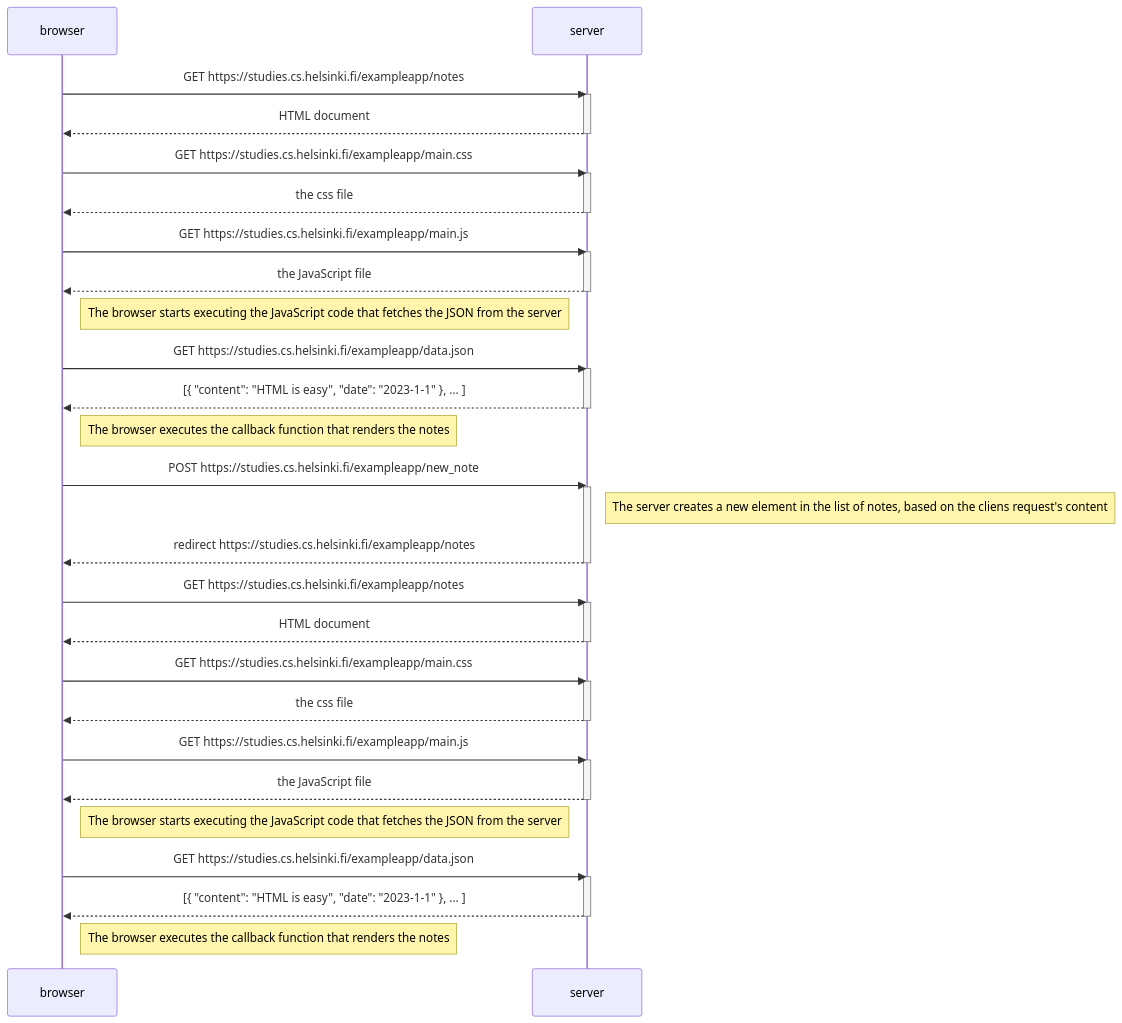
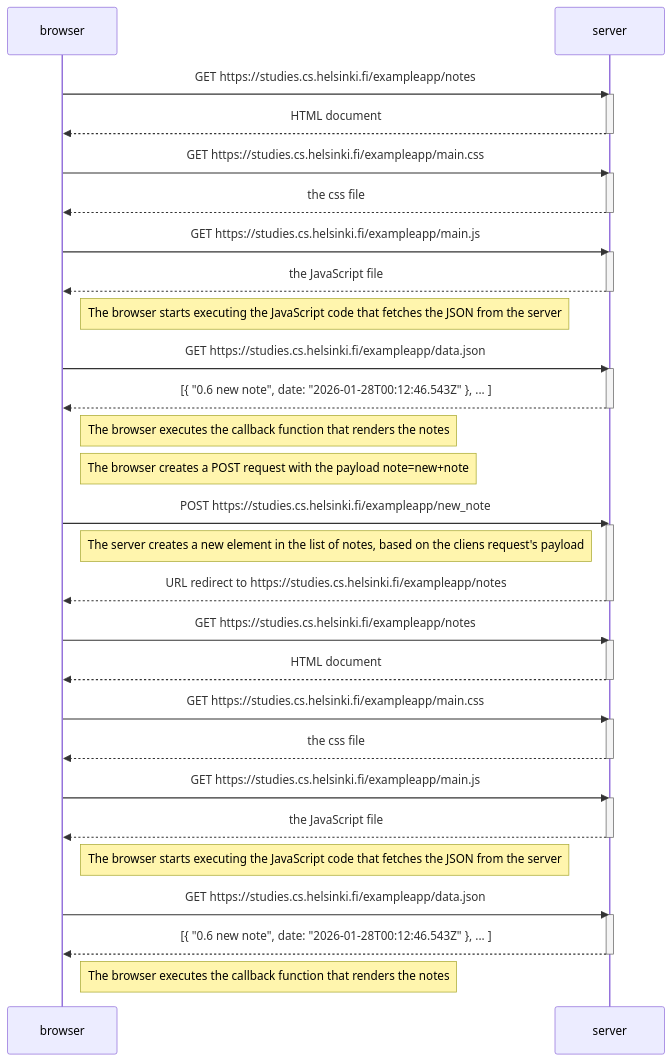
Before and after one commit to jakobsitory/full-stack-open: the diagram in part0/ex04-new-note-diagram.md, drawn with Mermaid.

Commit message:
minor fix in diagram

````diff
--- a/part0/ex04-new-note-diagram.md
+++ b/part0/ex04-new-note-diagram.md
@@ -2,62 +2,62 @@
 ```mermaid
 sequenceDiagram
     participant browser
     participant server
 
     browser->>server: GET https://studies.cs.helsinki.fi/exampleapp/notes
     activate server
     server-->>browser: HTML document
     deactivate server
 
     browser->>server: GET https://studies.cs.helsinki.fi/exampleapp/main.css
     activate server
     server-->>browser: the css file
     deactivate server
 
     browser->>server: GET https://studies.cs.helsinki.fi/exampleapp/main.js
     activate server
     server-->>browser: the JavaScript file
     deactivate server
 
     Note right of browser: The browser starts executing the JavaScript code that fetches the JSON from the server
 
     browser->>server: GET https://studies.cs.helsinki.fi/exampleapp/data.json
     activate server
-    server-->>browser: [{ "content": "HTML is easy", "date": "2023-1-1" }, ... ]
+    server-->>browser: [{ "0.6 new note", date: "2026-01-28T00:12:46.543Z" }, ... ]
     deactivate server
 
     Note right of browser: The browser executes the callback function that renders the notes
 
+    Note right of browser: The browser creates a POST request with the payload note=new+note
 
 	browser->>server: POST https://studies.cs.helsinki.fi/exampleapp/new_note
 	activate server
-    Note right of server: The server creates a new element in the list of notes, based on the cliens request's content
-	server-->>browser: redirect https://studies.cs.helsinki.fi/exampleapp/notes
+    Note left of server: The server creates a new element in the list of notes, based on the cliens request's payload
+	server-->>browser: URL redirect to https://studies.cs.helsinki.fi/exampleapp/notes
 	deactivate server
-
 	
 
     browser->>server: GET https://studies.cs.helsinki.fi/exampleapp/notes
     activate server
     server-->>browser: HTML document
     deactivate server
 
     browser->>server: GET https://studies.cs.helsinki.fi/exampleapp/main.css
     activate server
     server-->>browser: the css file
     deactivate server
 
     browser->>server: GET https://studies.cs.helsinki.fi/exampleapp/main.js
     activate server
     server-->>browser: the JavaScript file
     deactivate server
 
     Note right of browser: The browser starts executing the JavaScript code that fetches the JSON from the server
 
     browser->>server: GET https://studies.cs.helsinki.fi/exampleapp/data.json
     activate server
-    server-->>browser: [{ "content": "HTML is easy", "date": "2023-1-1" }, ... ]
+    server-->>browser: [{ "0.6 new note", date: "2026-01-28T00:12:46.543Z" }, ... ]
     deactivate server
 
     Note right of browser: The browser executes the callback function that renders the notes
 ```
````
